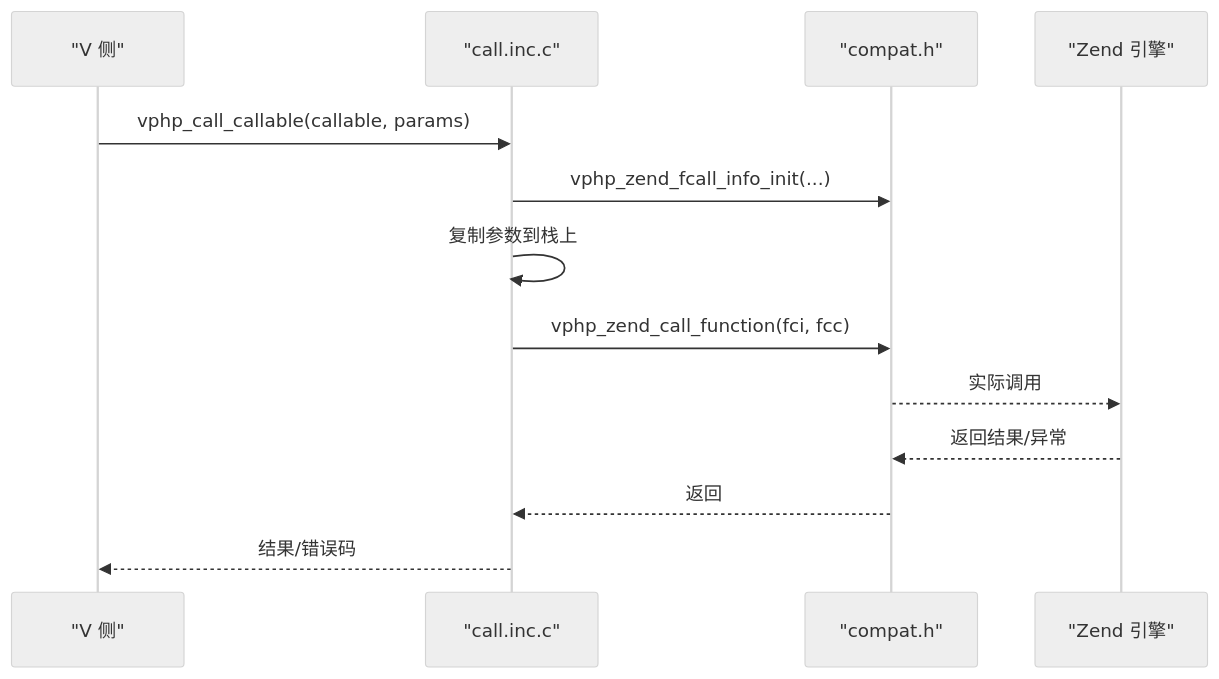
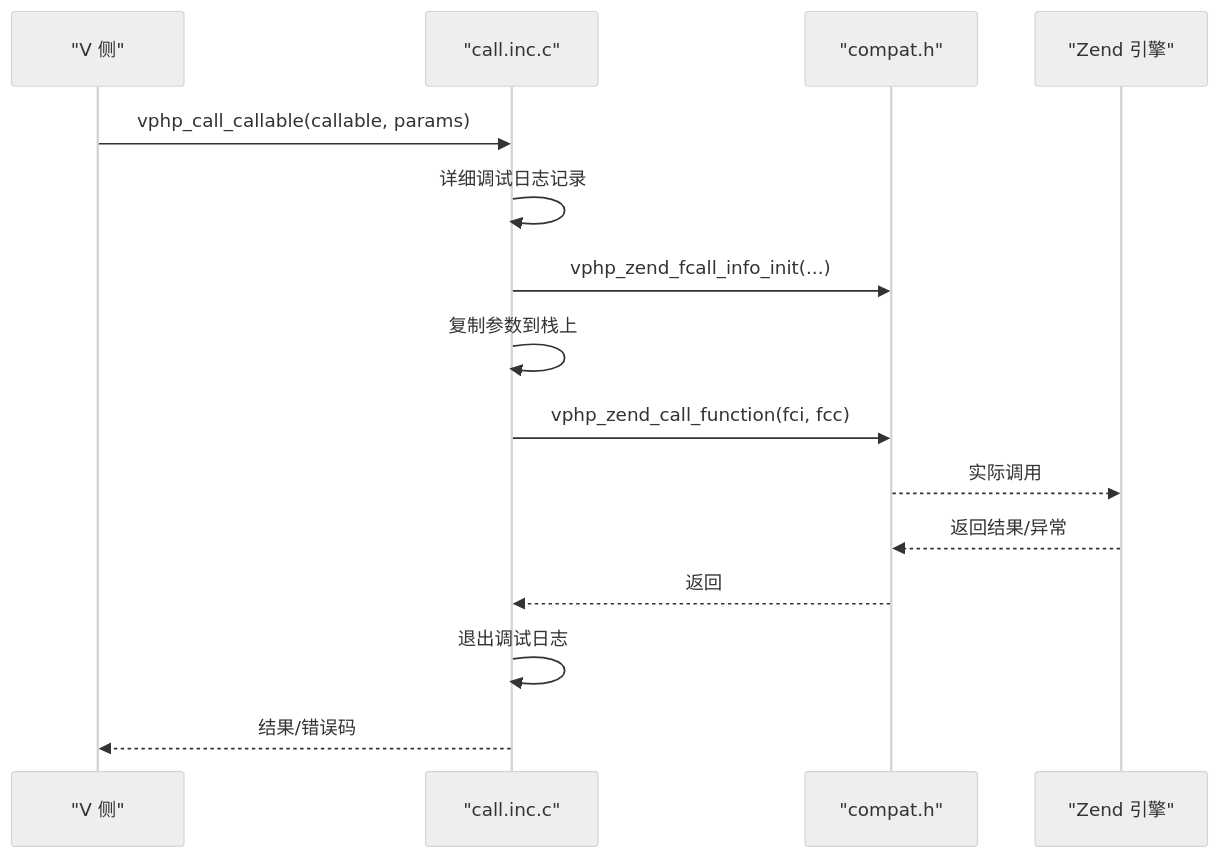
One commit to guweigang/vphpx changed the fourth of 6 diagrams in .qoder/repowiki/zh/content/Bridge 与 FFI 层.md. Above: the diagram before and after it, drawn with Mermaid (neutral theme). The commit also changed other lines of this file and 13 other files, not shown here.

````diff
--- a/.qoder/repowiki/zh/content/Bridge 与 FFI 层.md
+++ b/.qoder/repowiki/zh/content/Bridge 与 FFI 层.md
@@ -189,15 +210,17 @@
 ```mermaid
 sequenceDiagram
 participant V as "V 侧"
 participant Call as "call.inc.c"
 participant Compat as "compat.h"
 participant Zend as "Zend 引擎"
 V->>Call : vphp_call_callable(callable, params)
+Call->>Call : 详细调试日志记录
 Call->>Compat : vphp_zend_fcall_info_init(...)
 Call->>Call : 复制参数到栈上
 Call->>Compat : vphp_zend_call_function(fci, fcc)
 Compat-->>Zend : 实际调用
 Zend-->>Compat : 返回结果/异常
 Compat-->>Call : 返回
+Call->>Call : 退出调试日志
 Call-->>V : 结果/错误码
 ```
````
